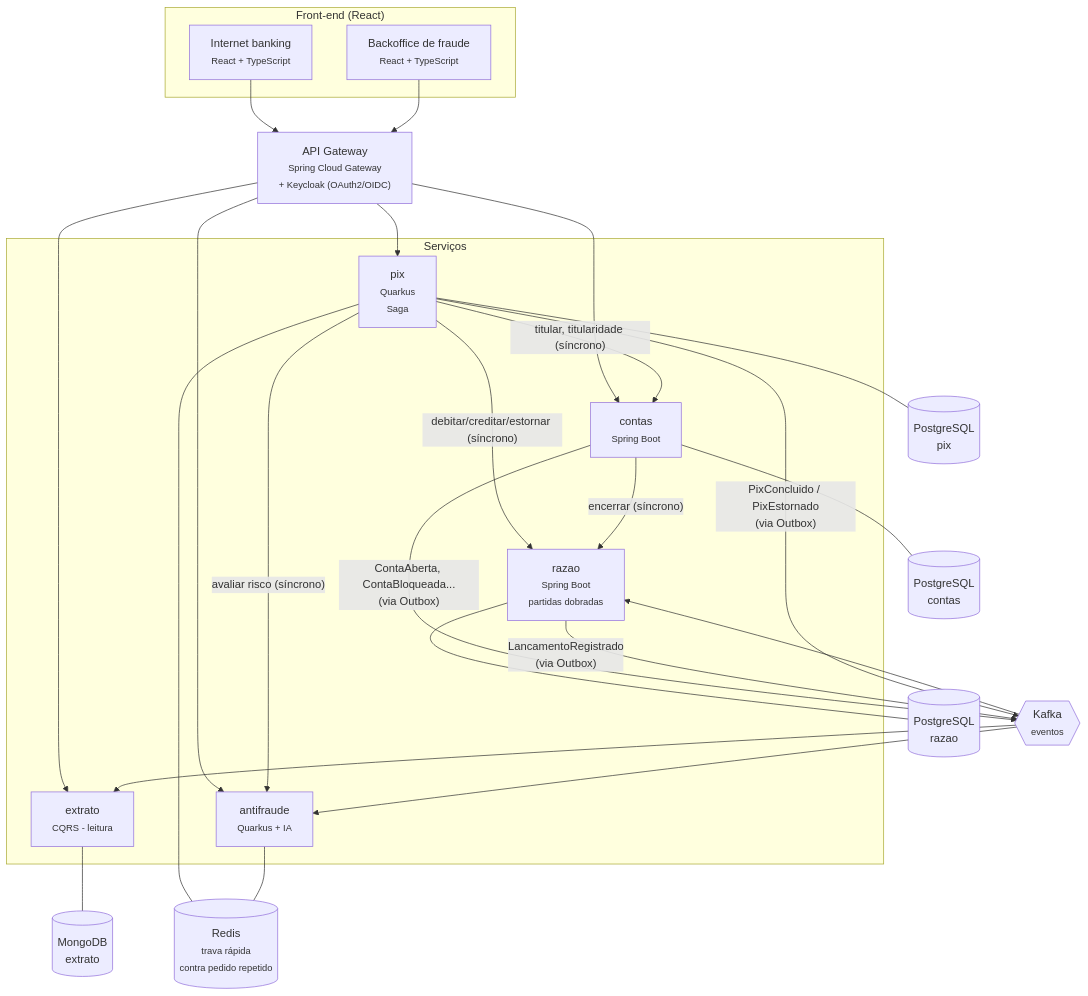
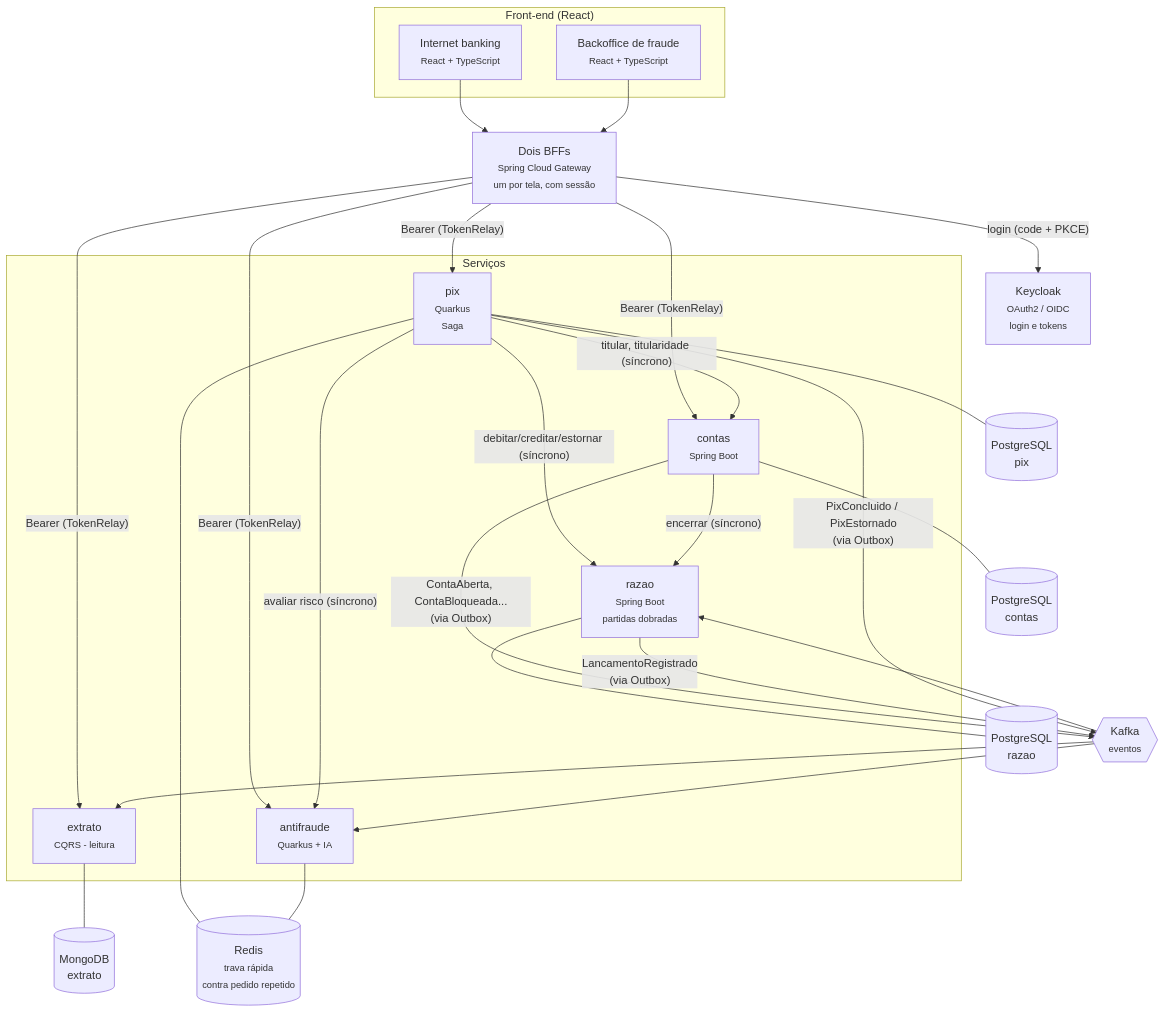
Before and after one commit to alanjoffre/ledgerly-bank: the second of 5 diagrams in docs/arquitetura/visao-geral.md, drawn with Mermaid. The commit also changed other lines of this file and 210 other files, not shown here.

````diff
--- a/docs/arquitetura/visao-geral.md
+++ b/docs/arquitetura/visao-geral.md
@@ -40,46 +40,48 @@
 ```mermaid
 flowchart TB
     subgraph front["Front-end (React)"]
         web["Internet banking<br/><small>React + TypeScript</small>"]
         backoffice["Backoffice de fraude<br/><small>React + TypeScript</small>"]
     end
 
-    gateway["API Gateway<br/><small>Spring Cloud Gateway<br/>+ Keycloak (OAuth2/OIDC)</small>"]
+    gateway["Dois BFFs<br/><small>Spring Cloud Gateway<br/>um por tela, com sessão</small>"]
+    keycloak["Keycloak<br/><small>OAuth2 / OIDC<br/>login e tokens</small>"]
 
     subgraph servicos["Serviços"]
         contas["contas<br/><small>Spring Boot</small>"]
         razao["razao<br/><small>Spring Boot<br/>partidas dobradas</small>"]
         pix["pix<br/><small>Quarkus<br/>Saga</small>"]
         antifraude["antifraude<br/><small>Quarkus + IA</small>"]
         extrato["extrato<br/><small>CQRS - leitura</small>"]
     end
 
     kafka{{"Kafka<br/><small>eventos</small>"}}
 
     pgContas[("PostgreSQL<br/>contas")]
     pgRazao[("PostgreSQL<br/>razao")]
     pgPix[("PostgreSQL<br/>pix")]
     redis[("Redis<br/><small>trava rápida<br/>contra pedido repetido</small>")]
     mongo[("MongoDB<br/>extrato")]
 
     web & backoffice --> gateway
-    gateway --> contas & pix & extrato & antifraude
+    gateway -- "login (code + PKCE)" --> keycloak
+    gateway -- "Bearer (TokenRelay)" --> contas & pix & extrato & antifraude
     pix -- "avaliar risco (síncrono)" --> antifraude
     pix -- "debitar/creditar/estornar (síncrono)" --> razao
     pix -- "titular, titularidade (síncrono)" --> contas
     contas -- "encerrar (síncrono)" --> razao
 
     contas --- pgContas
     razao --- pgRazao
     pix --- pgPix
     pix --- redis
     antifraude --- redis
     extrato --- mongo
 
     contas -- "ContaAberta, ContaBloqueada...<br/>(via Outbox)" --> kafka
     razao -- "LancamentoRegistrado<br/>(via Outbox)" --> kafka
     pix -- "PixConcluido / PixEstornado<br/>(via Outbox)" --> kafka
     kafka --> razao
     kafka --> extrato
     kafka --> antifraude
 ```
````
